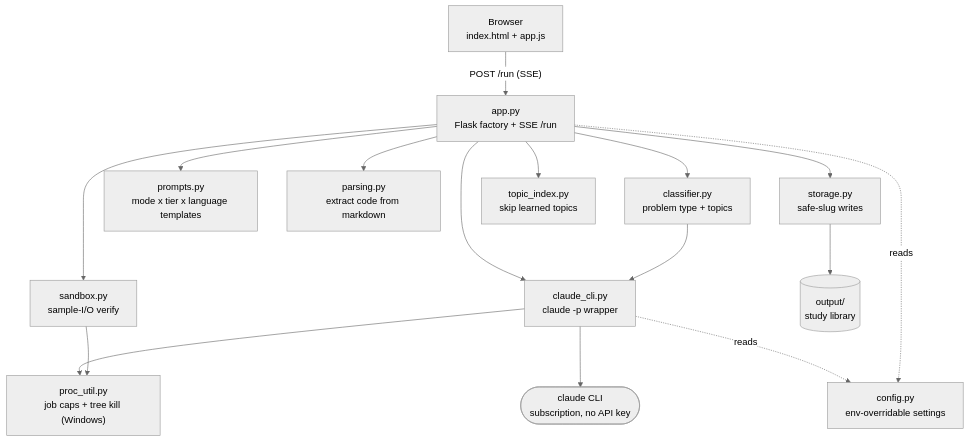
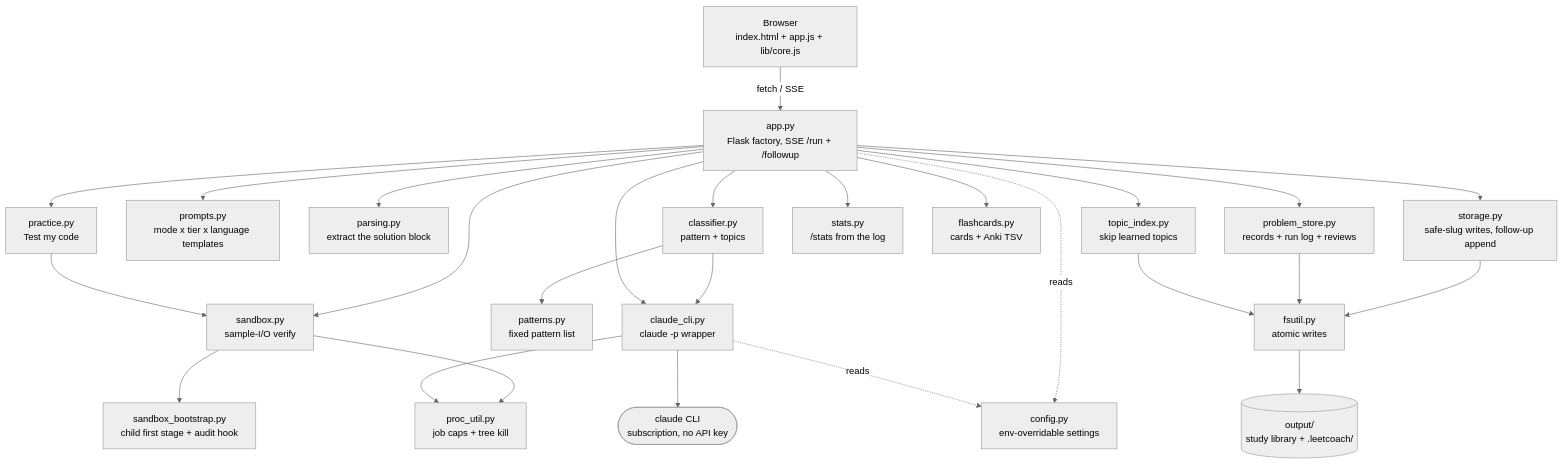
One commit to yib7/LeetCoach changed the first of 2 diagrams in docs/ARCHITECTURE.md. Above: the diagram before and after it, drawn with Mermaid (neutral theme). The commit also changed other lines of this file and 2 other files, not shown here.

Commit message:
docs(architecture): every route and module, the output/ layout, follow-ups; drop the read-only library claims (C13)

````diff
--- a/docs/ARCHITECTURE.md
+++ b/docs/ARCHITECTURE.md
@@ -20,32 +28,49 @@
 ```mermaid
 flowchart TD
-    Browser["Browser<br/>index.html + app.js"]
-    App["app.py<br/>Flask factory + SSE /run"]
+    Browser["Browser<br/>index.html + app.js + lib/core.js"]
+    App["app.py<br/>Flask factory, SSE /run + /followup"]
     Cli["claude_cli.py<br/>claude -p wrapper"]
-    Classifier["classifier.py<br/>problem type + topics"]
+    Classifier["classifier.py<br/>pattern + topics"]
+    Patterns["patterns.py<br/>fixed pattern list"]
     Prompts["prompts.py<br/>mode x tier x language templates"]
-    Parsing["parsing.py<br/>extract code from markdown"]
+    Parsing["parsing.py<br/>extract the solution block"]
     Sandbox["sandbox.py<br/>sample-I/O verify"]
-    Proc["proc_util.py<br/>job caps + tree kill (Windows)"]
-    Storage["storage.py<br/>safe-slug writes"]
+    Boot["sandbox_bootstrap.py<br/>child first stage + audit hook"]
+    Practice["practice.py<br/>Test my code"]
+    Proc["proc_util.py<br/>job caps + tree kill"]
+    Storage["storage.py<br/>safe-slug writes, follow-up append"]
+    Store["problem_store.py<br/>records + run log + reviews"]
+    Stats["stats.py<br/>/stats from the log"]
+    Cards["flashcards.py<br/>cards + Anki TSV"]
+    Fs["fsutil.py<br/>atomic writes"]
     Topic["topic_index.py<br/>skip learned topics"]
     Config["config.py<br/>env-overridable settings"]
     Claude(["claude CLI<br/>subscription, no API key"])
-    Output[("output/<br/>study library")]
+    Output[("output/<br/>study library + .leetcoach/")]
 
-    Browser -->|"POST /run (SSE)"| App
+    Browser -->|"fetch / SSE"| App
     App --> Classifier
+    Classifier --> Patterns
     App --> Prompts
     App --> Parsing
     App --> Sandbox
+    App --> Practice
+    Practice --> Sandbox
+    Sandbox --> Boot
+    Sandbox --> Proc
     App --> Storage
+    App --> Store
+    App --> Stats
+    App --> Cards
     App --> Topic
     Classifier --> Cli
     App --> Cli
     Cli --> Claude
-    Sandbox --> Proc
     Cli --> Proc
-    Storage --> Output
+    Storage --> Fs
+    Store --> Fs
+    Topic --> Fs
+    Fs --> Output
     App -.->|reads| Config
     Cli -.->|reads| Config
 ```
````
